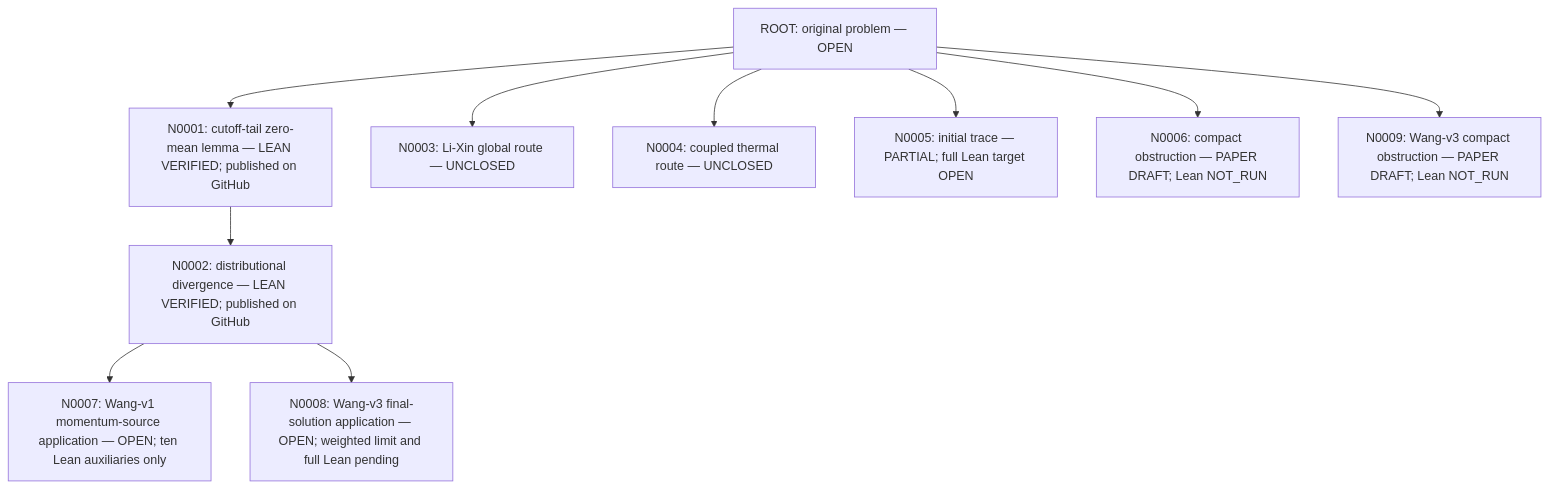
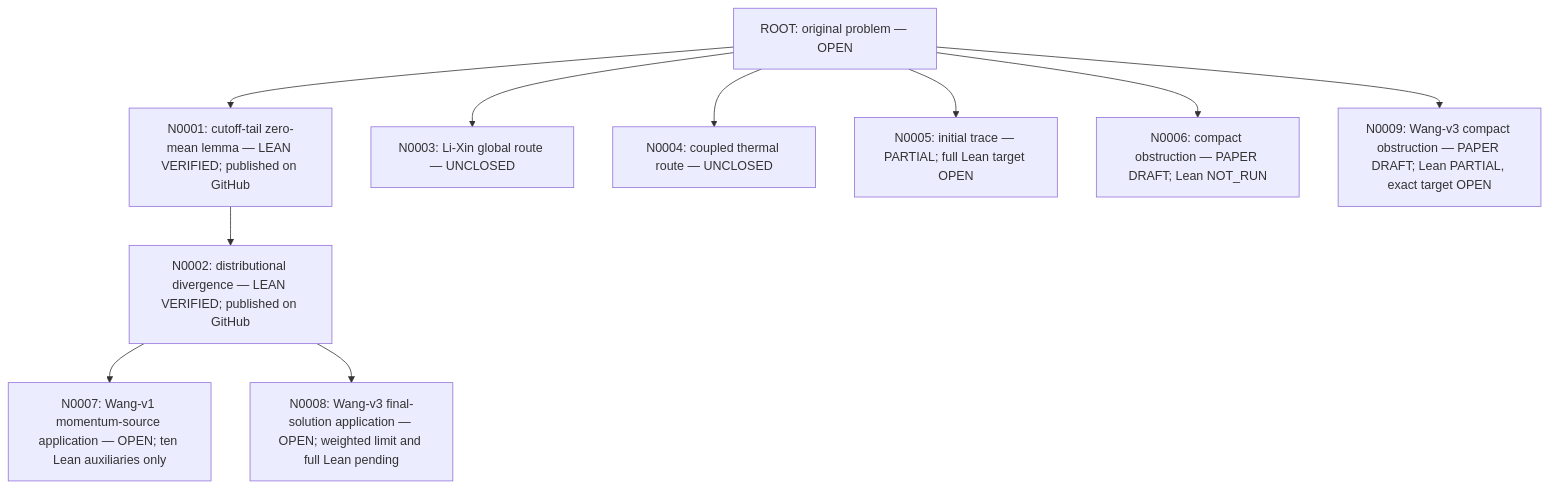
The diagram in README.md (SongXin2357/xiong-fns-general-vacuum), drawn with Mermaid before and after one commit. The commit also changed other lines of this file and 12 other files, not shown here.

Commit message:
Record partial Lean bridges for Wang-v3 obstruction

````diff
--- a/README.md
+++ b/README.md
@@ -9,12 +9,12 @@
 ```mermaid
 flowchart TD
  ROOT["ROOT: original problem — OPEN"] --> N0001["N0001: cutoff-tail zero-mean lemma — LEAN VERIFIED; published on GitHub"]
  N0001 --> N0002["N0002: distributional divergence — LEAN VERIFIED; published on GitHub"]
  N0002 --> N0007["N0007: Wang-v1 momentum-source application — OPEN; ten Lean auxiliaries only"]
  N0002 --> N0008["N0008: Wang-v3 final-solution application — OPEN; weighted limit and full Lean pending"]
  ROOT --> N0003["N0003: Li-Xin global route — UNCLOSED"]
  ROOT --> N0004["N0004: coupled thermal route — UNCLOSED"]
  ROOT --> N0005["N0005: initial trace — PARTIAL; full Lean target OPEN"]
  ROOT --> N0006["N0006: compact obstruction — PAPER DRAFT; Lean NOT_RUN"]
- ROOT --> N0009["N0009: Wang-v3 compact obstruction — PAPER DRAFT; Lean NOT_RUN"]
+ ROOT --> N0009["N0009: Wang-v3 compact obstruction — PAPER DRAFT; Lean PARTIAL, exact target OPEN"]
 ```
````
